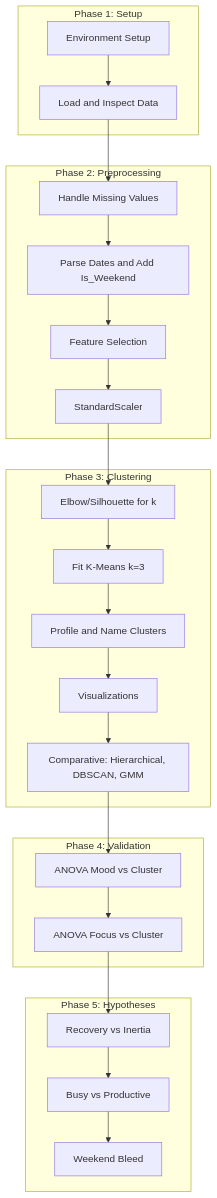
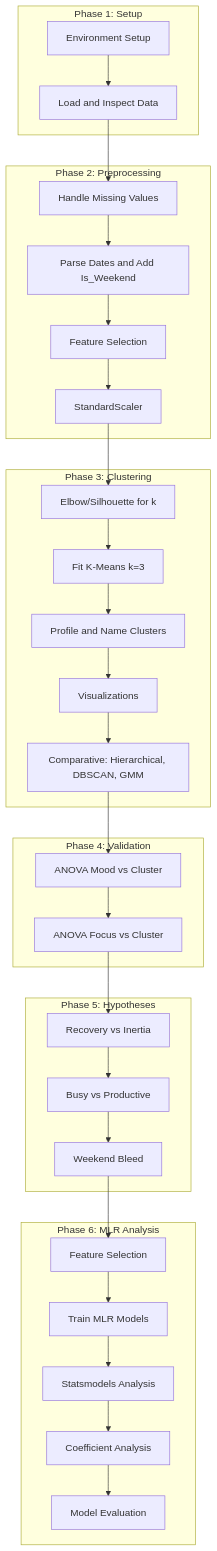
The diagram in .cursor/plans/work-study-life_profile_plan_1f7adbfb.plan.md (badong0/DataScience_Final_Project), drawn with Mermaid before and after one commit. The commit also changed other lines of this file and 15 other files, not shown here.

Commit message:
Add MLR analysis and update project files, Add 5mlr_analysis.ipynb for Multiple Linear Regression analysis,  Update all notebooks with fixes and improvements, - Update project-description.md with MLR integratio, Add essential data files for reproducibility

````diff
--- a/.cursor/plans/work-study-life_profile_plan_1f7adbfb.plan.md
+++ b/.cursor/plans/work-study-life_profile_plan_1f7adbfb.plan.md
@@ -184,35 +226,43 @@
 ```mermaid
 flowchart TD
     subgraph phase1 [Phase 1: Setup]
         A1[Environment Setup]
         A2[Load and Inspect Data]
     end
 
     subgraph phase2 [Phase 2: Preprocessing]
         B1[Handle Missing Values]
         B2[Parse Dates and Add Is_Weekend]
         B3[Feature Selection]
         B4[StandardScaler]
     end
 
     subgraph phase3 [Phase 3: Clustering]
         C1[Elbow/Silhouette for k]
         C2[Fit K-Means k=3]
         C3[Profile and Name Clusters]
         C4[Visualizations]
         C5[Comparative: Hierarchical, DBSCAN, GMM]
     end
 
     subgraph phase4 [Phase 4: Validation]
         D1[ANOVA Mood vs Cluster]
         D2[ANOVA Focus vs Cluster]
     end
 
     subgraph phase5 [Phase 5: Hypotheses]
         E1[Recovery vs Inertia]
         E2[Busy vs Productive]
         E3[Weekend Bleed]
     end
 
-    A1 --> A2 --> B1 --> B2 --> B3 --> B4 --> C1 --> C2 --> C3 --> C4 --> C5 --> D1 --> D2 --> E1 --> E2 --> E3
+    subgraph phase6 [Phase 6: MLR Analysis]
+        F1[Feature Selection]
+        F2[Train MLR Models]
+        F3[Statsmodels Analysis]
+        F4[Coefficient Analysis]
+        F5[Model Evaluation]
+    end
+
+    A1 --> A2 --> B1 --> B2 --> B3 --> B4 --> C1 --> C2 --> C3 --> C4 --> C5 --> D1 --> D2 --> E1 --> E2 --> E3 --> F1 --> F2 --> F3 --> F4 --> F5
 ```
````
